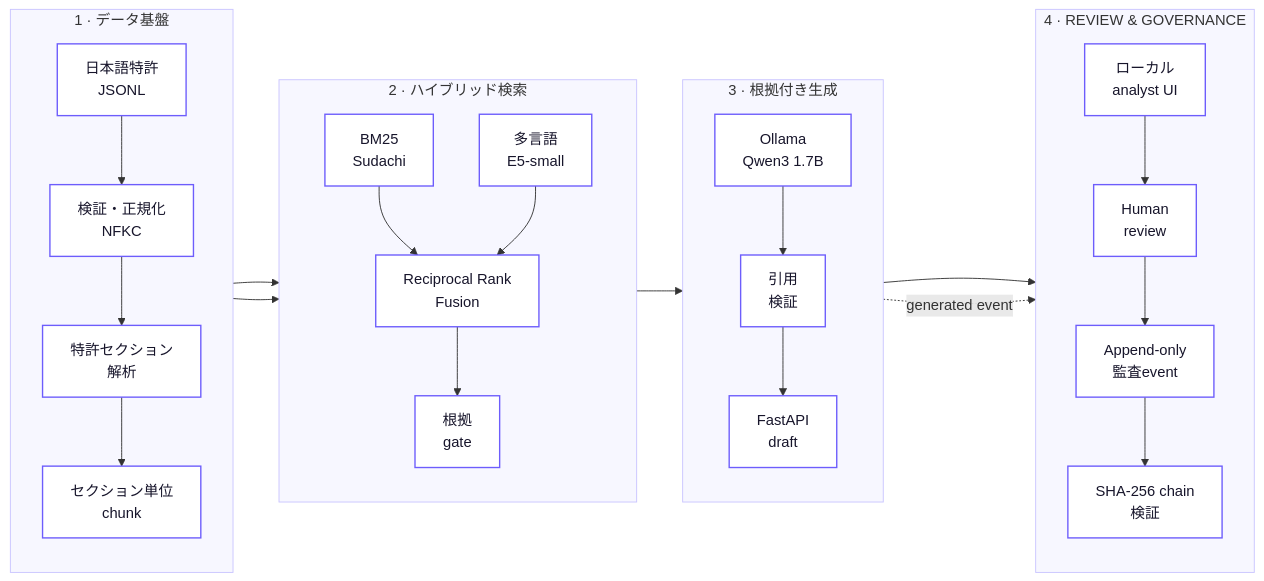
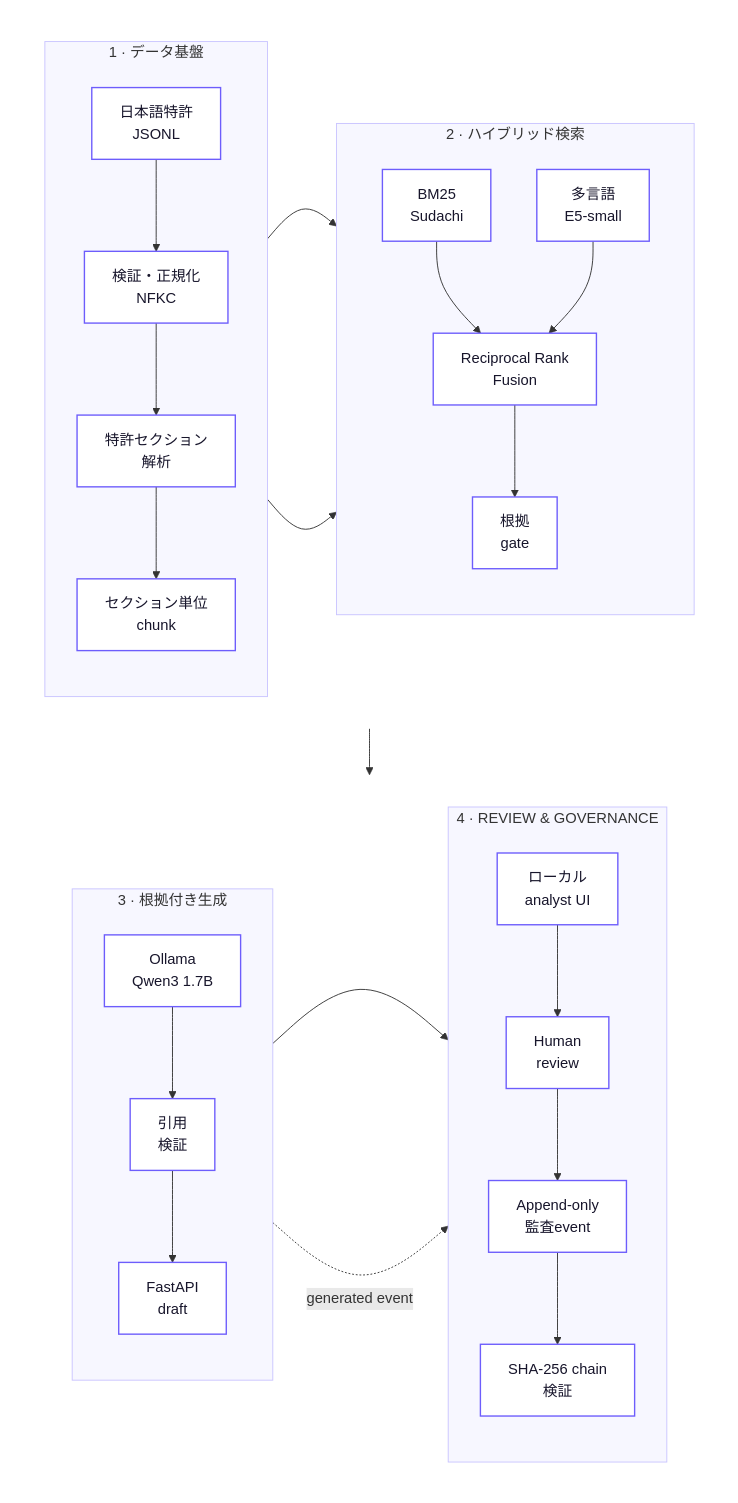
One commit to Lee2379/jp-patent-intelligence-rag changed the diagram in README_ja.md. Above: the diagram before and after it, drawn with Mermaid. The commit also changed 1 other file, not shown here.

Commit message:
Use readable two-row architecture grid

````diff
--- a/README_ja.md
+++ b/README_ja.md
@@ -23,41 +23,49 @@
 ```mermaid
-flowchart LR
-    subgraph DATA["1 · データ基盤"]
-        direction TB
-        A["日本語特許<br/>JSONL"] --> B["検証・正規化<br/>NFKC"]
-        B --> C["特許セクション<br/>解析"]
-        C --> D["セクション単位<br/>chunk"]
+flowchart TB
+    subgraph ROW1[" "]
+        direction LR
+        subgraph DATA["1 · データ基盤"]
+            direction TB
+            A["日本語特許<br/>JSONL"] --> B["検証・正規化<br/>NFKC"]
+            B --> C["特許セクション<br/>解析"]
+            C --> D["セクション単位<br/>chunk"]
+        end
+
+        subgraph SEARCH["2 · ハイブリッド検索"]
+            direction TB
+            E["BM25<br/>Sudachi"] --> G["Reciprocal Rank<br/>Fusion"]
+            F["多言語<br/>E5-small"] --> G
+            G --> H["根拠<br/>gate"]
+        end
     end
 
-    subgraph SEARCH["2 · ハイブリッド検索"]
-        direction TB
-        E["BM25<br/>Sudachi"] --> G["Reciprocal Rank<br/>Fusion"]
-        F["多言語<br/>E5-small"] --> G
-        G --> H["根拠<br/>gate"]
-    end
+    subgraph ROW2[" "]
+        direction LR
+        subgraph GENERATE["3 · 根拠付き生成"]
+            direction TB
+            I["Ollama<br/>Qwen3 1.7B"] --> J["引用<br/>検証"]
+            J --> K["FastAPI<br/>draft"]
+        end
 
-    subgraph GENERATE["3 · 根拠付き生成"]
-        direction TB
-        I["Ollama<br/>Qwen3 1.7B"] --> J["引用<br/>検証"]
-        J --> K["FastAPI<br/>draft"]
-    end
-
-    subgraph GOVERN["4 · REVIEW & GOVERNANCE"]
-        direction TB
-        U["ローカル<br/>analyst UI"] --> R["Human<br/>review"]
-        R --> L["Append-only<br/>監査event"]
-        L --> Z["SHA-256 chain<br/>検証"]
+        subgraph GOVERN["4 · REVIEW & GOVERNANCE"]
+            direction TB
+            U["ローカル<br/>analyst UI"] --> R["Human<br/>review"]
+            R --> L["Append-only<br/>監査event"]
+            L --> Z["SHA-256 chain<br/>検証"]
+        end
     end
 
     D --> E
     D --> F
     H --> I
     K --> U
     K -. generated event .-> L
 
     classDef default fill:#ffffff,stroke:#6d5dfc,stroke-width:1.5px,color:#17152b,font-size:16px;
     style DATA fill:#f7f7ff,stroke:#c9c4ff,stroke-width:1px
     style SEARCH fill:#f7f7ff,stroke:#c9c4ff,stroke-width:1px
     style GENERATE fill:#f7f7ff,stroke:#c9c4ff,stroke-width:1px
     style GOVERN fill:#f7f7ff,stroke:#c9c4ff,stroke-width:1px
+    style ROW1 fill:transparent,stroke:transparent
+    style ROW2 fill:transparent,stroke:transparent
 ```
````
